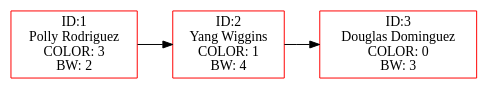
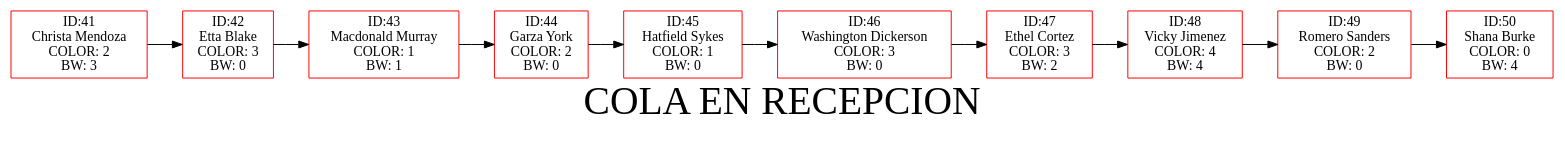
One commit to hugosmhd/EDD_UDRAWING_202002793 changed the diagram in colarecepcion.dot. Above: the diagram before and after it, drawn with Graphviz. The commit also changed 28 other files, not shown here.

```diff
--- a/colarecepcion.dot
+++ b/colarecepcion.dot
@@ -1,9 +1,25 @@
 digraph G { 
 node[shape=box, color=red];
-nodo21685669[label=" ID:1\nPolly Rodriguez\nCOLOR: 3\nBW: 2"]
-nodo2133927002[label=" ID:2\nYang Wiggins\nCOLOR: 1\nBW: 4"]
-nodo1836019240[label=" ID:3\nDouglas Dominguez\nCOLOR: 0\nBW: 3"]
-nodo21685669 -> nodo2133927002;
-nodo2133927002 -> nodo1836019240;
+label="COLA EN RECEPCION";
+fontsize = 40;
+nodo1625635731[label=" ID:41\nChrista Mendoza\nCOLOR: 2\nBW: 3"]
+nodo1580066828[label=" ID:42\nEtta Blake\nCOLOR: 3\nBW: 0"]
+nodo491044090[label=" ID:43\nMacdonald Murray\nCOLOR: 1\nBW: 1"]
+nodo644117698[label=" ID:44\nGarza York\nCOLOR: 2\nBW: 0"]
+nodo1872034366[label=" ID:45\nHatfield Sykes\nCOLOR: 1\nBW: 0"]
+nodo1581781576[label=" ID:46\nWashington Dickerson\nCOLOR: 3\nBW: 0"]
+nodo1725154839[label=" ID:47\nEthel Cortez\nCOLOR: 3\nBW: 2"]
+nodo1670675563[label=" ID:48\nVicky Jimenez\nCOLOR: 4\nBW: 4"]
+nodo723074861[label=" ID:49\nRomero Sanders\nCOLOR: 2\nBW: 0"]
+nodo895328852[label=" ID:50\nShana Burke\nCOLOR: 0\nBW: 4"]
+nodo1625635731 -> nodo1580066828;
+nodo1580066828 -> nodo491044090;
+nodo491044090 -> nodo644117698;
+nodo644117698 -> nodo1872034366;
+nodo1872034366 -> nodo1581781576;
+nodo1581781576 -> nodo1725154839;
+nodo1725154839 -> nodo1670675563;
+nodo1670675563 -> nodo723074861;
+nodo723074861 -> nodo895328852;
 rankdir=LR;
 } 
```
